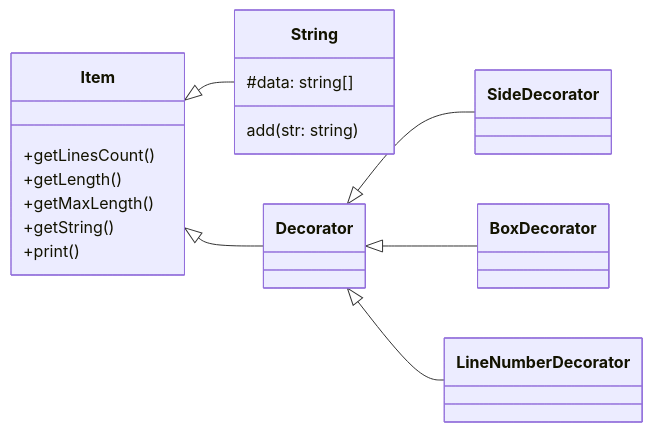
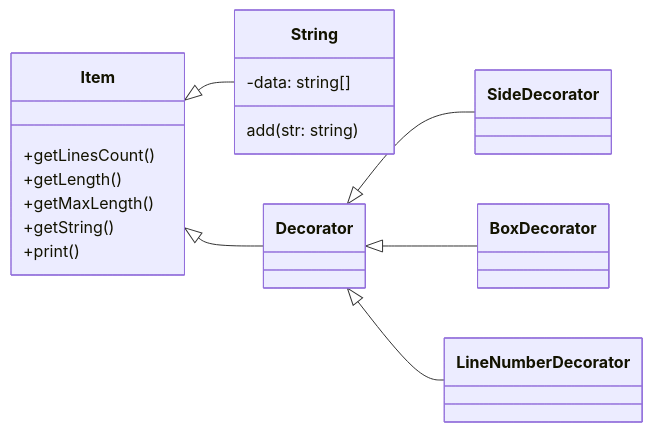
The diagram in 구조/Decorator/README.md (arkk200/GoF), drawn with Mermaid before and after one commit. The commit also changed 9 other files, not shown here.

````diff
--- a/구조/Decorator/README.md
+++ b/구조/Decorator/README.md
@@ -6,20 +6,20 @@
 ```mermaid
 classDiagram
 direction RL
     class String {
-        #data: string[]
+        -data: string[]
         add(str: string)
     }
     class Item {
         +getLinesCount()
         +getLength()
         +getMaxLength()
         +getString()
         +print()
     }
     String --|> Item
     Decorator --|> Item
     SideDecorator --|> Decorator
     BoxDecorator --|> Decorator
     LineNumberDecorator --|> Decorator
 ```
````
